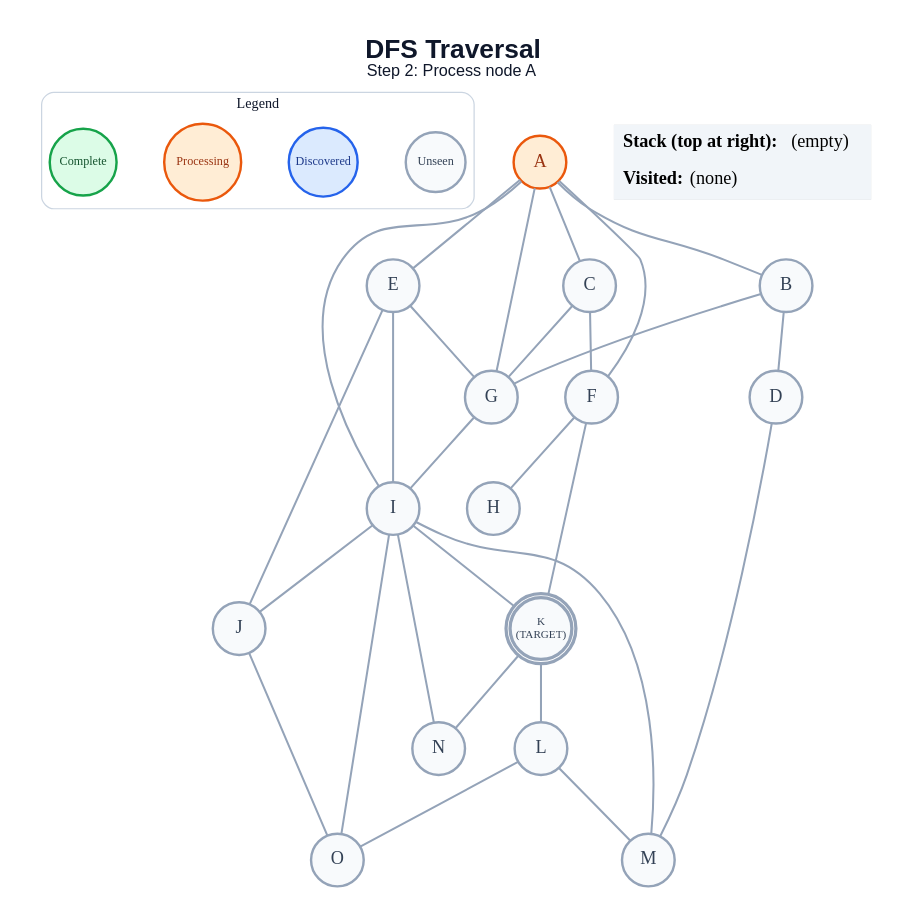
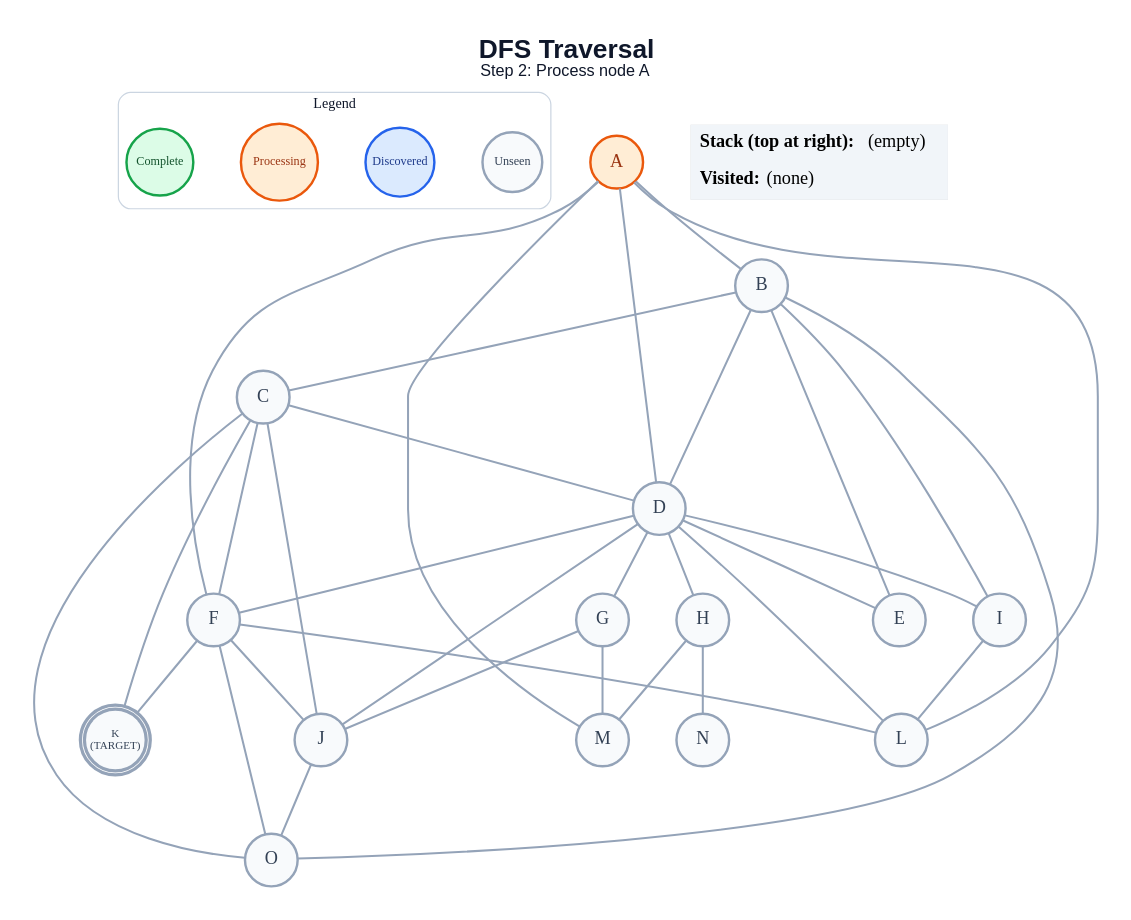
One commit to anon7238593-create/ai-slop changed the diagram in generated/dfs/step_02.dot. Above: the diagram before and after it, drawn with Graphviz. The commit also changed 240 other files, not shown here.

```diff
--- a/generated/dfs/step_02.dot
+++ b/generated/dfs/step_02.dot
@@ -1,61 +1,66 @@
 graph traversal {
   graph [layout=dot, rankdir=TB, bgcolor="#FFFFFF", pad="0.35", nodesep="0.65", ranksep="0.8", fontname="Arial"];
   node [shape=circle, style="filled", fontname="Arial Bold", fontsize=18, width=0.72, fixedsize=true, penwidth=2.4];
   edge [color="#94A3B8", penwidth=2.0];
   label=<<B>DFS Traversal</B><BR/><FONT POINT-SIZE="16">Step 2: Process node A</FONT>>; labelloc="t"; fontsize=26; fontname="Arial"; fontcolor="#0F172A";
   subgraph cluster_legend { label="Legend"; color="#CBD5E1"; penwidth=1.2; style="rounded"; fontsize=14; fontname="Arial Bold";
     key_unseen [label="Unseen", fillcolor="#F8FAFC", color="#94A3B8", fontcolor="#334155", fontsize=12, width=0.82];
     key_frontier [label="Discovered", fillcolor="#DBEAFE", color="#2563EB", fontcolor="#1E3A8A", fontsize=12, width=0.95];
     key_current [label="Processing", fillcolor="#FFEDD5", color="#EA580C", fontcolor="#9A3412", fontsize=12, width=1.05];
     key_done [label="Complete", fillcolor="#DCFCE7", color="#16A34A", fontcolor="#14532D", fontsize=12, width=0.92];
     { rank=same; key_unseen; key_frontier; key_current; key_done; }
   }
   A [label="A", fillcolor="#FFEDD5", color="#EA580C", fontcolor="#9A3412", peripheries=1, penwidth=2.4];
   B [label="B", fillcolor="#F8FAFC", color="#94A3B8", fontcolor="#334155", peripheries=1, penwidth=2.4];
   C [label="C", fillcolor="#F8FAFC", color="#94A3B8", fontcolor="#334155", peripheries=1, penwidth=2.4];
   D [label="D", fillcolor="#F8FAFC", color="#94A3B8", fontcolor="#334155", peripheries=1, penwidth=2.4];
   E [label="E", fillcolor="#F8FAFC", color="#94A3B8", fontcolor="#334155", peripheries=1, penwidth=2.4];
   F [label="F", fillcolor="#F8FAFC", color="#94A3B8", fontcolor="#334155", peripheries=1, penwidth=2.4];
   G [label="G", fillcolor="#F8FAFC", color="#94A3B8", fontcolor="#334155", peripheries=1, penwidth=2.4];
   H [label="H", fillcolor="#F8FAFC", color="#94A3B8", fontcolor="#334155", peripheries=1, penwidth=2.4];
   I [label="I", fillcolor="#F8FAFC", color="#94A3B8", fontcolor="#334155", peripheries=1, penwidth=2.4];
   J [label="J", fillcolor="#F8FAFC", color="#94A3B8", fontcolor="#334155", peripheries=1, penwidth=2.4];
   K [label="K\n(TARGET)", fillcolor="#F8FAFC", color="#94A3B8", fontcolor="#334155", peripheries=2, penwidth=3.2, fontsize=11, width=0.85, height=0.85];
   L [label="L", fillcolor="#F8FAFC", color="#94A3B8", fontcolor="#334155", peripheries=1, penwidth=2.4];
   M [label="M", fillcolor="#F8FAFC", color="#94A3B8", fontcolor="#334155", peripheries=1, penwidth=2.4];
   N [label="N", fillcolor="#F8FAFC", color="#94A3B8", fontcolor="#334155", peripheries=1, penwidth=2.4];
   O [label="O", fillcolor="#F8FAFC", color="#94A3B8", fontcolor="#334155", peripheries=1, penwidth=2.4];
   A -- B;
-  A -- C;
-  A -- E;
+  A -- D;
   A -- F;
-  A -- G;
-  A -- I;
+  A -- L;
+  A -- M;
+  B -- C;
   B -- D;
-  B -- G;
+  B -- E;
+  B -- I;
+  B -- O;
+  C -- D;
   C -- F;
-  C -- G;
-  D -- M;
-  E -- G;
-  E -- I;
-  E -- J;
-  F -- H;
+  C -- J;
+  C -- K;
+  C -- O;
+  D -- E;
+  D -- F;
+  D -- G;
+  D -- H;
+  D -- I;
+  D -- J;
+  D -- L;
+  F -- J;
   F -- K;
-  G -- I;
-  I -- J;
-  I -- K;
-  I -- M;
-  I -- N;
-  I -- O;
+  F -- L;
+  F -- O;
+  G -- J;
+  G -- M;
+  H -- M;
+  H -- N;
+  I -- L;
   J -- O;
-  K -- L;
-  K -- N;
-  L -- M;
-  L -- O;
   status [shape=plain, fixedsize=false, width=0, height=0, margin=0, label=<
     <TABLE BORDER="0" CELLBORDER="0" CELLPADDING="7" BGCOLOR="#F1F5F9">
       <TR><TD ALIGN="LEFT"><B>Stack (top at right):</B> (empty)</TD></TR>
       <TR><TD ALIGN="LEFT"><B>Visited:</B> (none)</TD></TR>
     </TABLE>
   >];
 }
```
